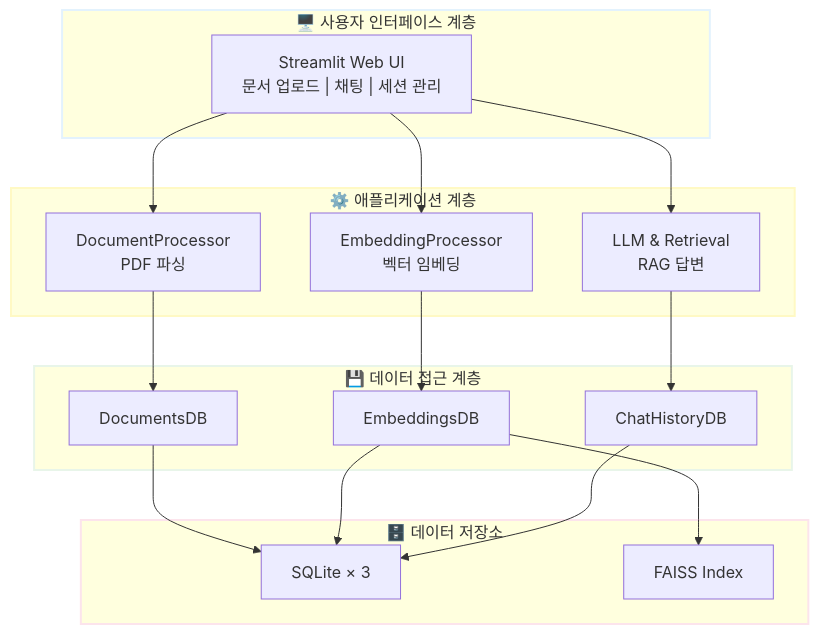
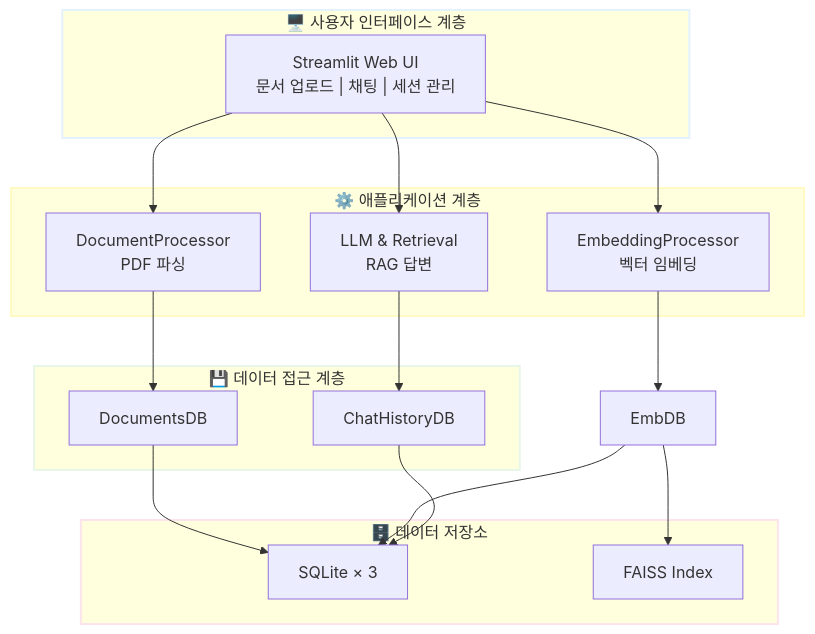
One commit to c0z0c/codeit_ai_g2b_search changed the second of 4 diagrams in README.md. Above: the diagram before and after it, drawn with Mermaid. The commit also changed 20 other files, not shown here.

````diff
--- a/README.md
+++ b/README.md
@@ -84,41 +84,40 @@
 ```mermaid
 graph TB
     subgraph UI["🖥️ 사용자 인터페이스 계층"]
         WebUI["Streamlit Web UI<br/>문서 업로드 | 채팅 | 세션 관리"]
     end
 
     subgraph APP["⚙️ 애플리케이션 계층"]
         DocProc["DocumentProcessor<br/>PDF 파싱"]
         EmbProc["EmbeddingProcessor<br/>벡터 임베딩"]
         LLMProc["LLM & Retrieval<br/>RAG 답변"]
     end
 
     subgraph DAL["💾 데이터 접근 계층"]
         DocsDB["DocumentsDB"]
-        EmbDB["EmbeddingsDB"]
         ChatDB["ChatHistoryDB"]
     end
 
     subgraph STORAGE["🗄️ 데이터 저장소"]
         SQLite["SQLite × 3"]
         FAISS["FAISS Index"]
     end
 
     WebUI --> DocProc
     WebUI --> EmbProc
     WebUI --> LLMProc
 
     DocProc --> DocsDB
     EmbProc --> EmbDB
     LLMProc --> ChatDB
 
     DocsDB --> SQLite
     EmbDB --> SQLite
     EmbDB --> FAISS
     ChatDB --> SQLite
 
     style UI stroke-width:2px,stroke:#e3f2fd
     style APP stroke-width:2px,stroke:#fff9c4
     style DAL stroke-width:2px,stroke:#e8f5e9
     style STORAGE stroke-width:2px,stroke:#fce4ec
 ```
````
